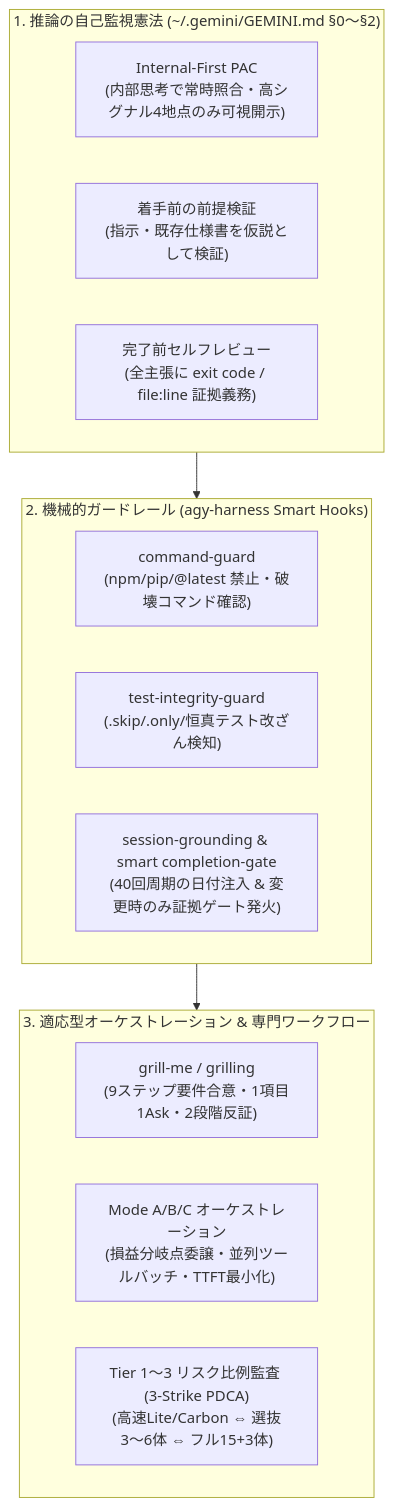
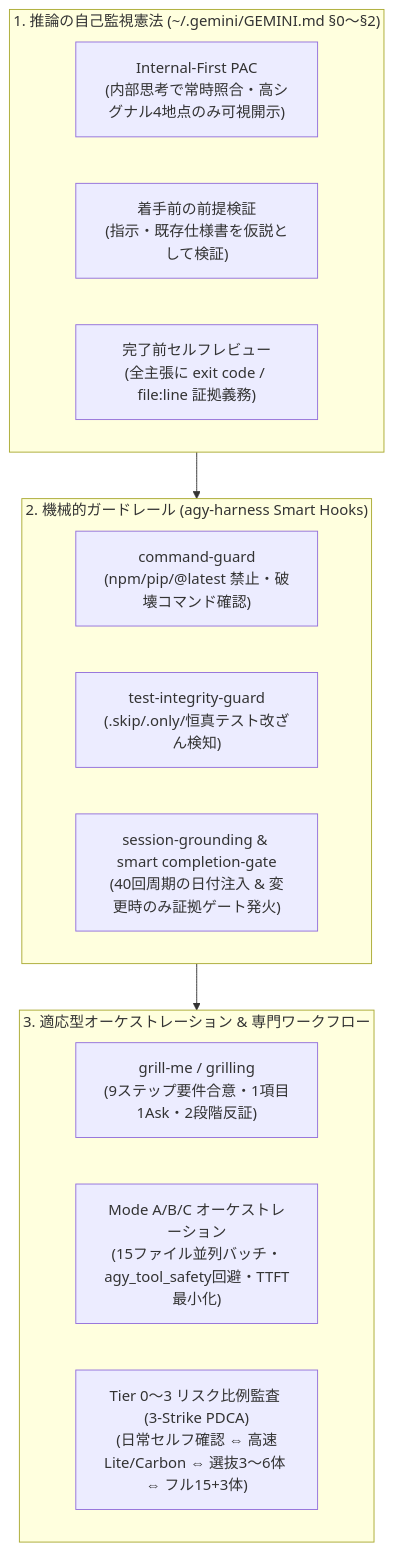
The diagram in README.md (Haratakeshi/antigravity-multiagent-setup-ja), drawn with Mermaid before and after one commit. The commit also changed other lines of this file and 16 other files, not shown here.

````diff
--- a/README.md
+++ b/README.md
@@ -81,22 +79,22 @@
 ```mermaid
 flowchart TB
     subgraph L1["1. 推論の自己監視憲法 (~/.gemini/GEMINI.md §0〜§2)"]
         PAC["Internal-First PAC\n(内部思考で常時照合・高シグナル4地点のみ可視開示)"]
         PV["着手前の前提検証\n(指示・既存仕様書を仮説として検証)"]
         SR["完了前セルフレビュー\n(全主張に exit code / file:line 証拠義務)"]
     end
 
     subgraph L2["2. 機械的ガードレール (agy-harness Smart Hooks)"]
         CG["command-guard\n(npm/pip/@latest 禁止・破壊コマンド確認)"]
         TG["test-integrity-guard\n(.skip/.only/恒真テスト改ざん検知)"]
         SG["session-grounding & smart completion-gate\n(40回周期の日付注入 & 変更時のみ証拠ゲート発火)"]
     end
 
     subgraph L3["3. 適応型オーケストレーション & 専門ワークフロー"]
         GM["grill-me / grilling\n(9ステップ要件合意・1項目1Ask・2段階反証)"]
-        MA["Mode A/B/C オーケストレーション\n(損益分岐点委譲・並列ツールバッチ・TTFT最小化)"]
-        MAO["Tier 1〜3 リスク比例監査 (3-Strike PDCA)\n(高速Lite/Carbon ⇔ 選抜3〜6体 ⇔ フル15+3体)"]
+        MA["Mode A/B/C オーケストレーション\n(15ファイル並列バッチ・agy_tool_safety回避・TTFT最小化)"]
+        MAO["Tier 0〜3 リスク比例監査 (3-Strike PDCA)\n(日常セルフ確認 ⇔ 高速Lite/Carbon ⇔ 選抜3〜6体 ⇔ フル15+3体)"]
     end
 
     L1 --> L2 --> L3
 ```
````
